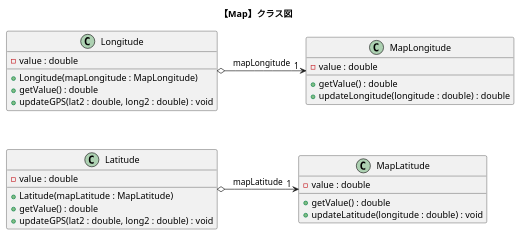
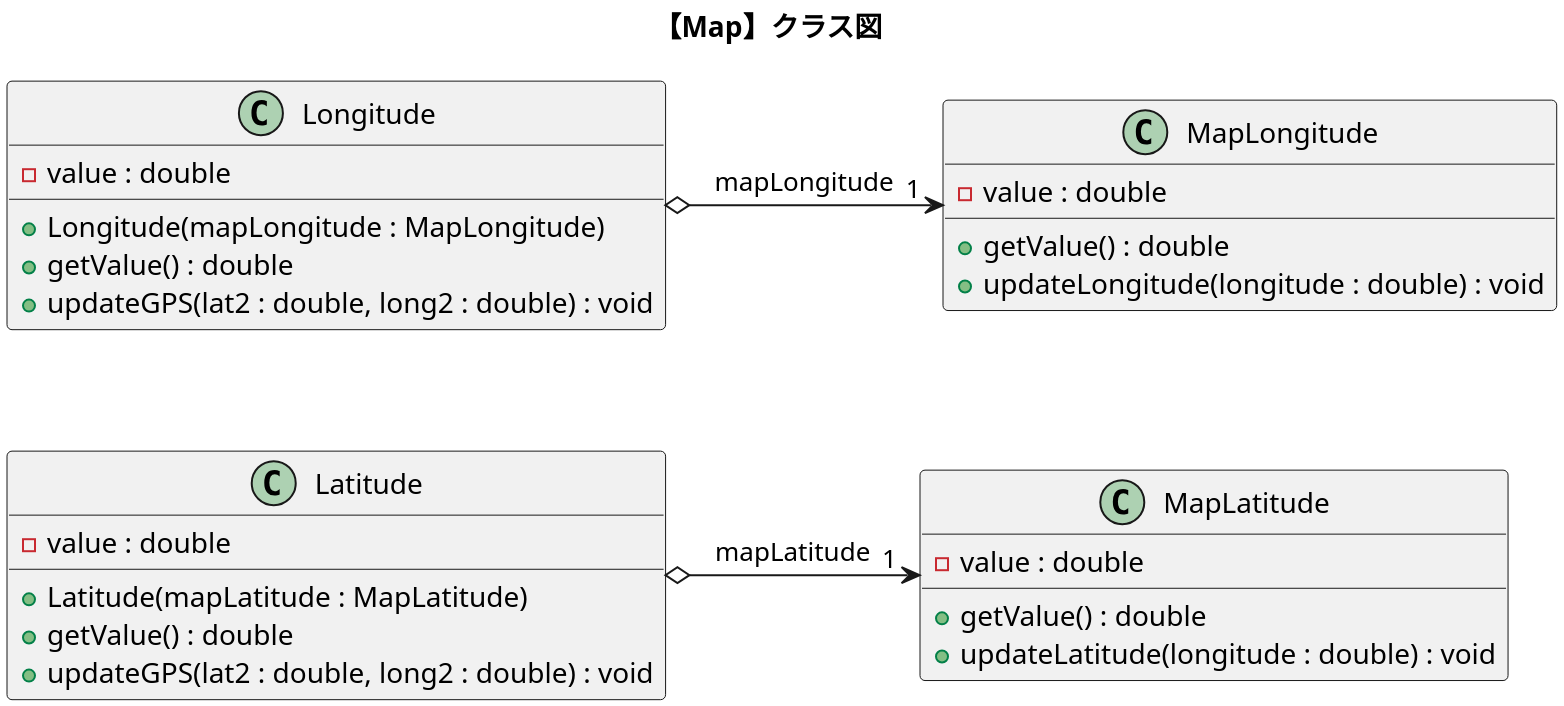
The diagram in puml/classes/map_class_push.puml (nitta-lab/TwoStagesModelingExperiments), drawn with PlantUML before and after one commit. The commit also changed 6 other files, not shown here.

```diff
--- a/puml/classes/map_class_push.puml
+++ b/puml/classes/map_class_push.puml
@@ -1,38 +1,40 @@
 @startuml map_class_push
 title "【Map】クラス図"
+
+skinparam dpi 300
 
 together {
     class "Longitude"{
         -value : double
         +Longitude(mapLongitude : MapLongitude)
         +getValue() : double
         +updateGPS(lat2 : double, long2 : double) : void
     }
 
     class "Latitude"{
         -value : double
         +Latitude(mapLatitude : MapLatitude)
         +getValue() : double
         +updateGPS(lat2 : double, long2 : double) : void
     }
 }
 
 class "MapLongitude"{
     -value : double
     +getValue() : double
-    +updateLongitude(longitude : double) : double
+    +updateLongitude(longitude : double) : void
 }
 
 class "MapLatitude"{
     -value : double
     +getValue() : double
     +updateLatitude(longitude : double) : void
 }
 
 
 Longitude  o--right-> "1 " MapLongitude : "  mapLongitude  "
 Longitude  -[hidden]-     Latitude
 
 Latitude   o--right-> "1 " MapLatitude : "  mapLatitude  "
 
 @enduml
```
